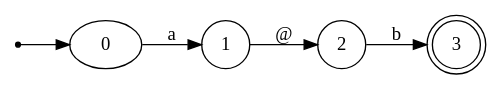
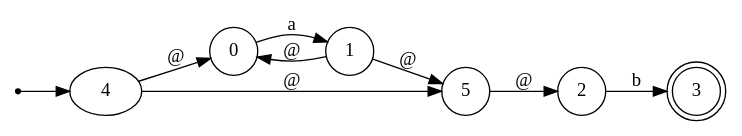
One commit to FabianPalacios/Automatas changed the diagram in View/fsm.gv. Above: the diagram before and after it, drawn with Graphviz. The commit also changed 7 other files, not shown here.

```diff
--- a/View/fsm.gv
+++ b/View/fsm.gv
@@ -1,11 +1,15 @@
 digraph finite_state_machine {
 	rankdir=LR size="8,5"
 	ini [shape=point]
-	ini -> 0
+	ini -> 4
 	node [shape=doublecircle]
 	3
 	node [shape=circle]
 	0 -> 1 [label=a]
 	2 -> 3 [label=b]
-	1 -> 2 [label="@"]
+	4 -> 5 [label="@"]
+	4 -> 0 [label="@"]
+	1 -> 0 [label="@"]
+	1 -> 5 [label="@"]
+	5 -> 2 [label="@"]
 }
```
